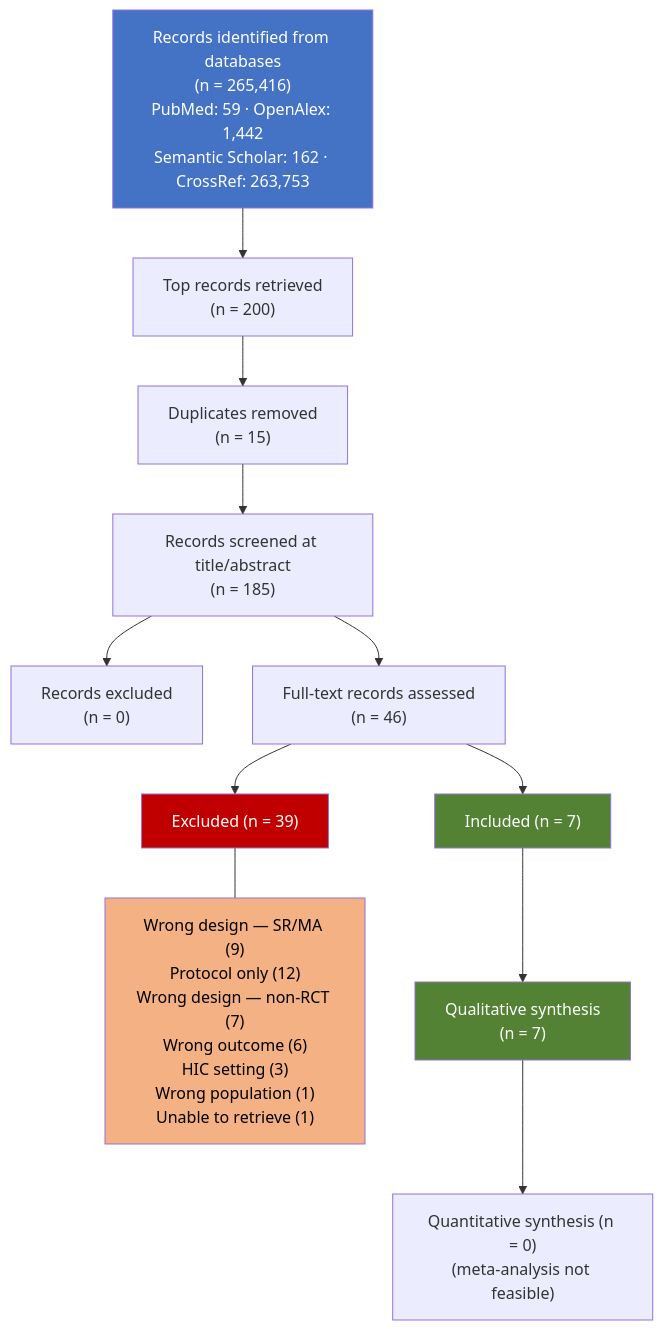
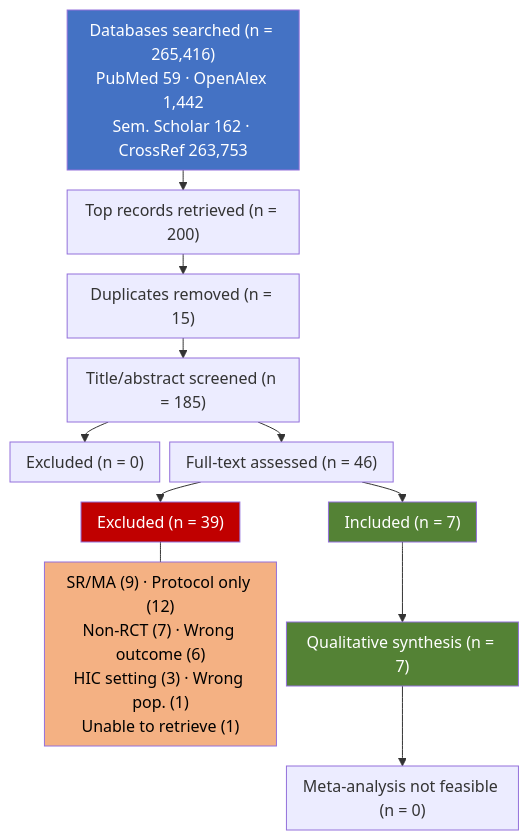
Before and after one commit to andre-inter-collab-llc/research-workflow-assistant: the diagram in sample_projects/chw-maternal-mental-health/manuscript.qmd, drawn with Mermaid. The commit also changed 3 other files, not shown here.

Commit message:
Update manuscript files to enhance clarity and formatting of PRISMA flow diagram

````diff
--- a/sample_projects/chw-maternal-mental-health/manuscript.qmd
+++ b/sample_projects/chw-maternal-mental-health/manuscript.qmd
@@ -103,21 +103,23 @@
 ```{mermaid}
 %%| label: fig-prisma
 %%| fig-cap: "PRISMA 2020 flow diagram of study selection."
+%%| fig-width: 5
+%%{init: {'flowchart': {'nodeSpacing': 10, 'rankSpacing': 20, 'padding': 8}} }%%
 flowchart TD
-    A["Records identified from databases<br/>(n = 265,416)<br/>PubMed: 59 · OpenAlex: 1,442<br/>Semantic Scholar: 162 · CrossRef: 263,753"] --> B["Top records retrieved<br/>(n = 200)"]
-    B --> C["Duplicates removed<br/>(n = 15)"]
-    C --> D["Records screened at title/abstract<br/>(n = 185)"]
-    D --> E["Records excluded<br/>(n = 0)"]
-    D --> F["Full-text records assessed<br/>(n = 46)"]
+    A["Databases searched (n = 265,416)<br/>PubMed 59 · OpenAlex 1,442<br/>Sem. Scholar 162 · CrossRef 263,753"] --> B["Top records retrieved (n = 200)"]
+    B --> C["Duplicates removed (n = 15)"]
+    C --> D["Title/abstract screened (n = 185)"]
+    D --> E["Excluded (n = 0)"]
+    D --> F["Full-text assessed (n = 46)"]
     F --> G["Excluded (n = 39)"]
     F --> H["Included (n = 7)"]
-    G --- G1["Wrong design — SR/MA (9)<br/>Protocol only (12)<br/>Wrong design — non-RCT (7)<br/>Wrong outcome (6)<br/>HIC setting (3)<br/>Wrong population (1)<br/>Unable to retrieve (1)"]
-    H --> I["Qualitative synthesis<br/>(n = 7)"]
-    I --> J["Quantitative synthesis (n = 0)<br/>(meta-analysis not feasible)"]
+    G --- G1["SR/MA (9) · Protocol only (12)<br/>Non-RCT (7) · Wrong outcome (6)<br/>HIC setting (3) · Wrong pop. (1)<br/>Unable to retrieve (1)"]
+    H --> I["Qualitative synthesis (n = 7)"]
+    I --> J["Meta-analysis not feasible (n = 0)"]
 
     style A fill:#4472C4,color:#fff
     style H fill:#548235,color:#fff
     style I fill:#548235,color:#fff
     style G fill:#C00000,color:#fff
     style G1 fill:#F4B183,color:#000
 ```
````
